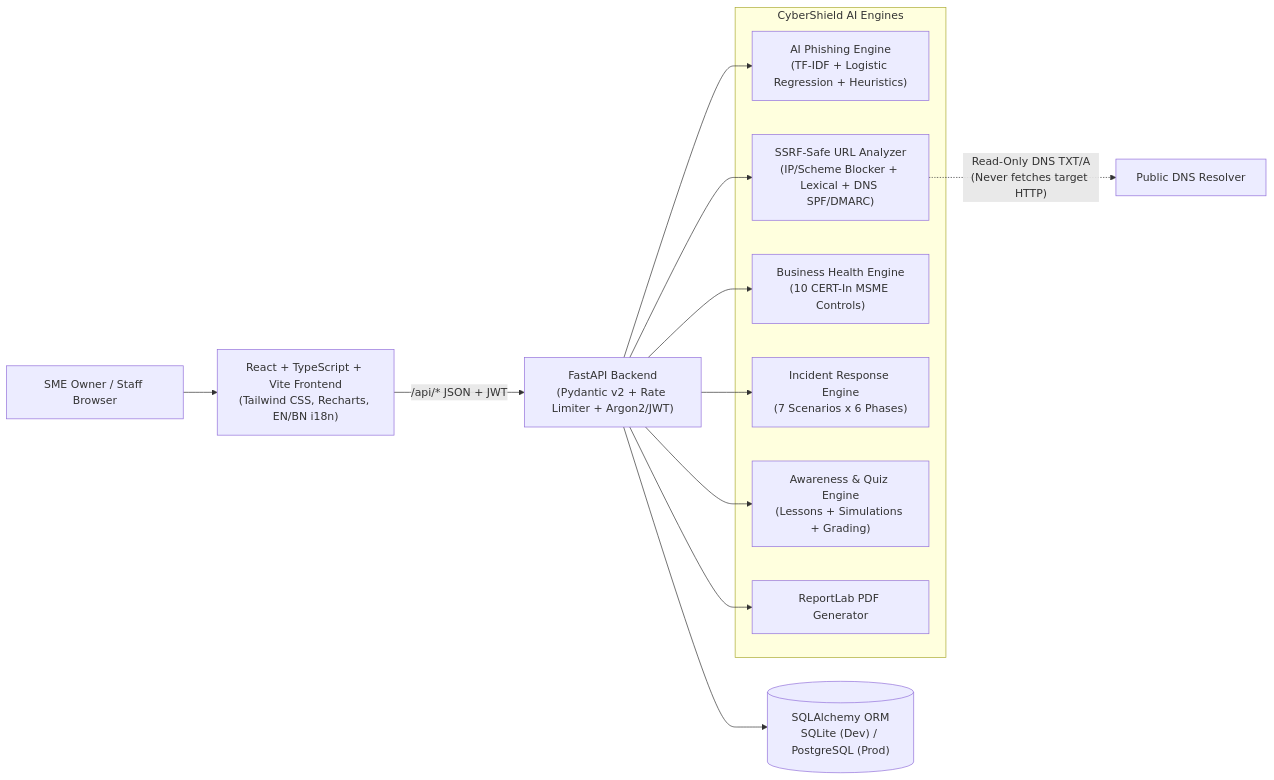
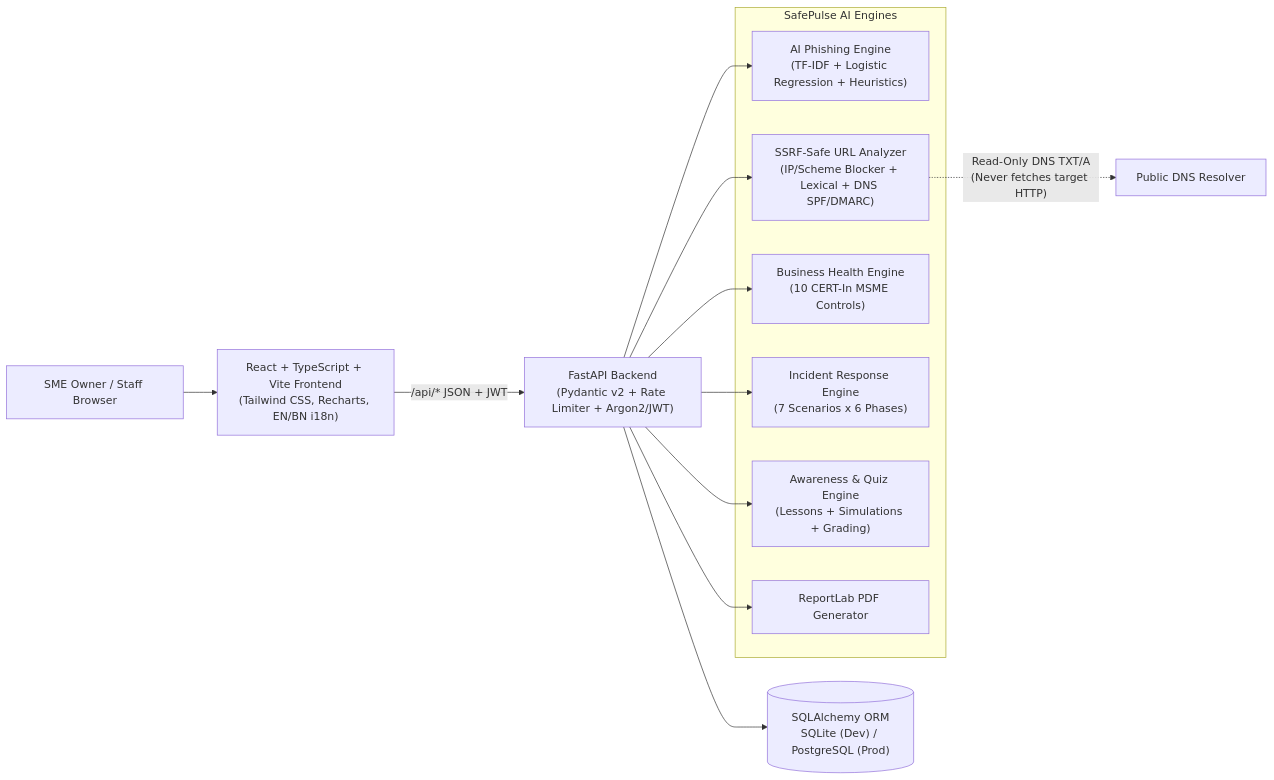
Before and after one commit to atikurrahmanxm/SafePulse-AI: the diagram in docs/ARCHITECTURE.md, drawn with Mermaid. The commit also changed other lines of this file and 56 other files, not shown here.

Commit message:
feat(branding): rename platform to SafePulse AI with pulse shield vector logo and updated assets

````diff
--- a/docs/ARCHITECTURE.md
+++ b/docs/ARCHITECTURE.md
@@ -5,24 +5,24 @@
 ```mermaid
 flowchart LR
     U["SME Owner / Staff Browser"] --> FE["React + TypeScript + Vite Frontend\n(Tailwind CSS, Recharts, EN/BN i18n)"]
     FE -->|"/api/* JSON + JWT"| API["FastAPI Backend\n(Pydantic v2 + Rate Limiter + Argon2/JWT)"]
 
-    subgraph CoreModules["CyberShield AI Engines"]
+    subgraph CoreModules["SafePulse AI Engines"]
         ML["AI Phishing Engine\n(TF-IDF + Logistic Regression + Heuristics)"]
         URL["SSRF-Safe URL Analyzer\n(IP/Scheme Blocker + Lexical + DNS SPF/DMARC)"]
         ASSESS["Business Health Engine\n(10 CERT-In MSME Controls)"]
         INC["Incident Response Engine\n(7 Scenarios x 6 Phases)"]
         AWARE["Awareness & Quiz Engine\n(Lessons + Simulations + Grading)"]
         PDF["ReportLab PDF Generator"]
     end
 
     API --> ML
     API --> URL
     API --> ASSESS
     API --> INC
     API --> AWARE
     API --> PDF
 
     API --> DB[("SQLAlchemy ORM\nSQLite (Dev) / PostgreSQL (Prod)")]
     URL -.->|"Read-Only DNS TXT/A\n(Never fetches target HTTP)"| DNS["Public DNS Resolver"]
 ```
````
